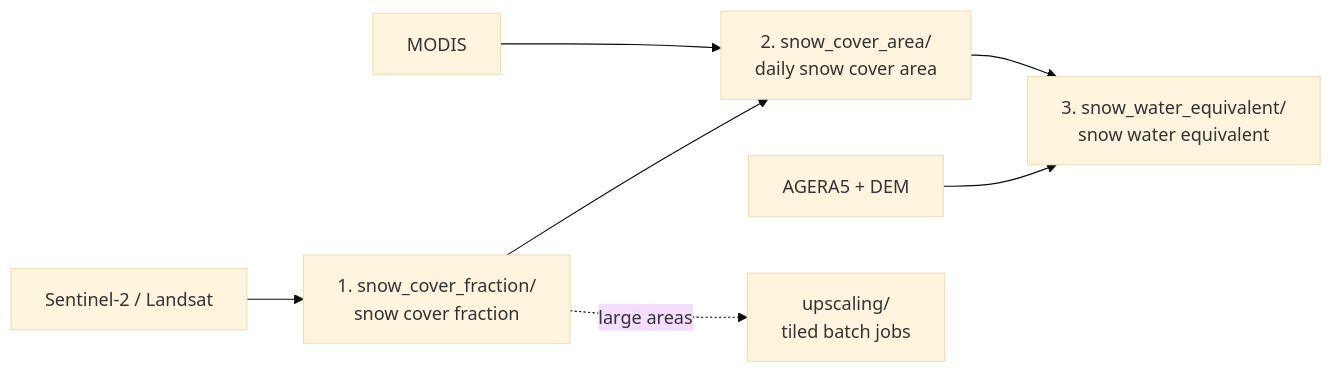
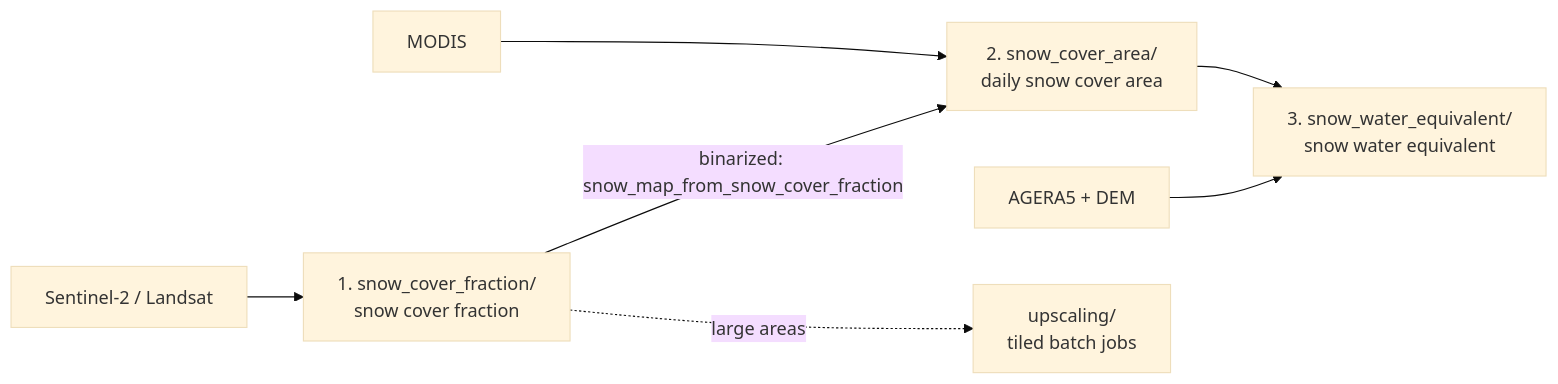
The diagram in README.md (SNOWCOP/openeo_mountains_snow), drawn with Mermaid (base theme) before and after one commit. The commit also changed 10 other files, not shown here.

````diff
--- a/README.md
+++ b/README.md
@@ -8,9 +8,9 @@
 ```mermaid
 flowchart LR
     S2[Sentinel-2 / Landsat] --> SCF["1. snow_cover_fraction/<br/>snow cover fraction"]
-    SCF --> SCA["2. snow_cover_area/<br/>daily snow cover area"]
+    SCF -- "binarized: snow_map_from_snow_cover_fraction" --> SCA["2. snow_cover_area/<br/>daily snow cover area"]
     MODIS[MODIS] --> SCA
     AGERA[AGERA5 + DEM] --> SWE["3. snow_water_equivalent/<br/>snow water equivalent"]
     SCA --> SWE
     SCF -. large areas .-> UP["upscaling/<br/>tiled batch jobs"]
 ```
````
